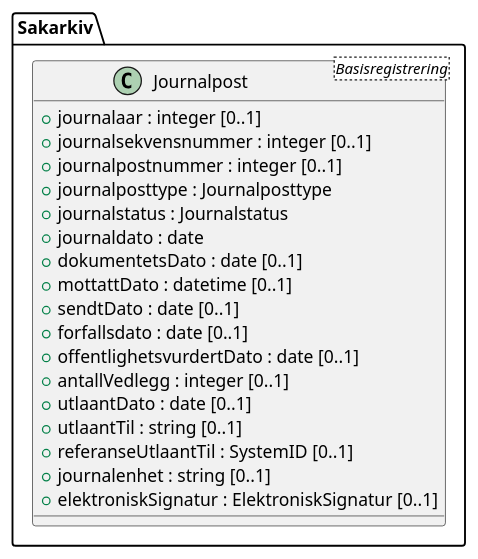
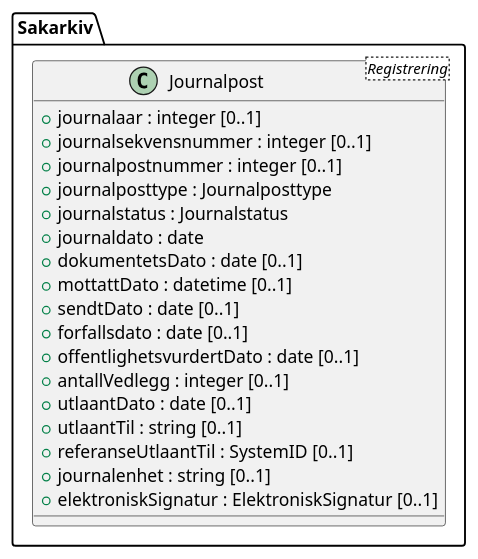
The diagram in kapitler/media/uml-class-journalpost.iuml (arkivverket/noark5-tjenestegrensesnitt-standard), drawn with PlantUML before and after one commit. The commit also changed 10 other files, not shown here.

First line of the commit message:
Slå sammen Registrering og Basisregistrering til Registrering

```diff
--- a/kapitler/media/uml-class-journalpost.iuml
+++ b/kapitler/media/uml-class-journalpost.iuml
@@ -1,21 +1,21 @@
 @startuml
-class Sakarkiv.Journalpost <Basisregistrering> {
+class Sakarkiv.Journalpost <Registrering> {
   +journalaar : integer [0..1]
   +journalsekvensnummer : integer [0..1]
   +journalpostnummer : integer [0..1]
   +journalposttype : Journalposttype
   +journalstatus : Journalstatus
   +journaldato : date
   +dokumentetsDato : date [0..1]
   +mottattDato : datetime [0..1]
   +sendtDato : date [0..1]
   +forfallsdato : date [0..1]
   +offentlighetsvurdertDato : date [0..1]
   +antallVedlegg : integer [0..1]
   +utlaantDato : date [0..1]
   +utlaantTil : string [0..1]
   +referanseUtlaantTil : SystemID [0..1]
   +journalenhet : string [0..1]
   +elektroniskSignatur : ElektroniskSignatur [0..1]
 }
 @enduml
```
